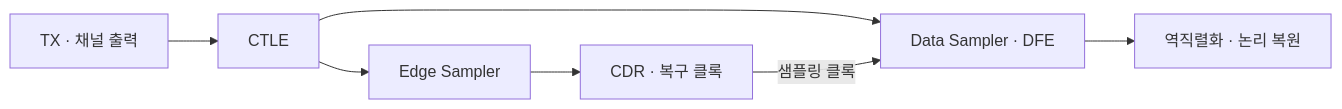
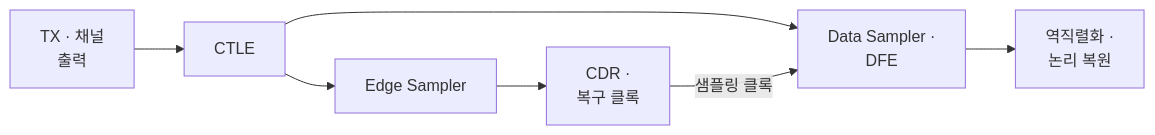
The diagram in projects/high-speed-interface-research/docs/usb-rx-ctle-modeling.md (yunjuhyeong0916-glitch/jhyun), drawn with Mermaid before and after one commit. The commit also changed 4 other files, not shown here.

Commit message:
Wrap Mermaid labels to prevent diagram text clipping

````diff
--- a/projects/high-speed-interface-research/docs/usb-rx-ctle-modeling.md
+++ b/projects/high-speed-interface-research/docs/usb-rx-ctle-modeling.md
@@ -99,9 +99,9 @@
 ```mermaid
 flowchart LR
-    A["TX · 채널 출력"] --> B["CTLE"]
-    B --> C["Data Sampler · DFE"]
-    C --> D["역직렬화 · 논리 복원"]
+    A["TX · 채널<br/>출력"] --> B["CTLE"]
+    B --> C["Data Sampler ·<br/>DFE"]
+    C --> D["역직렬화 ·<br/>논리 복원"]
     B --> E["Edge Sampler"]
-    E --> F["CDR · 복구 클록"]
+    E --> F["CDR ·<br/>복구 클록"]
     F -->|샘플링 클록| C
 ```
````
